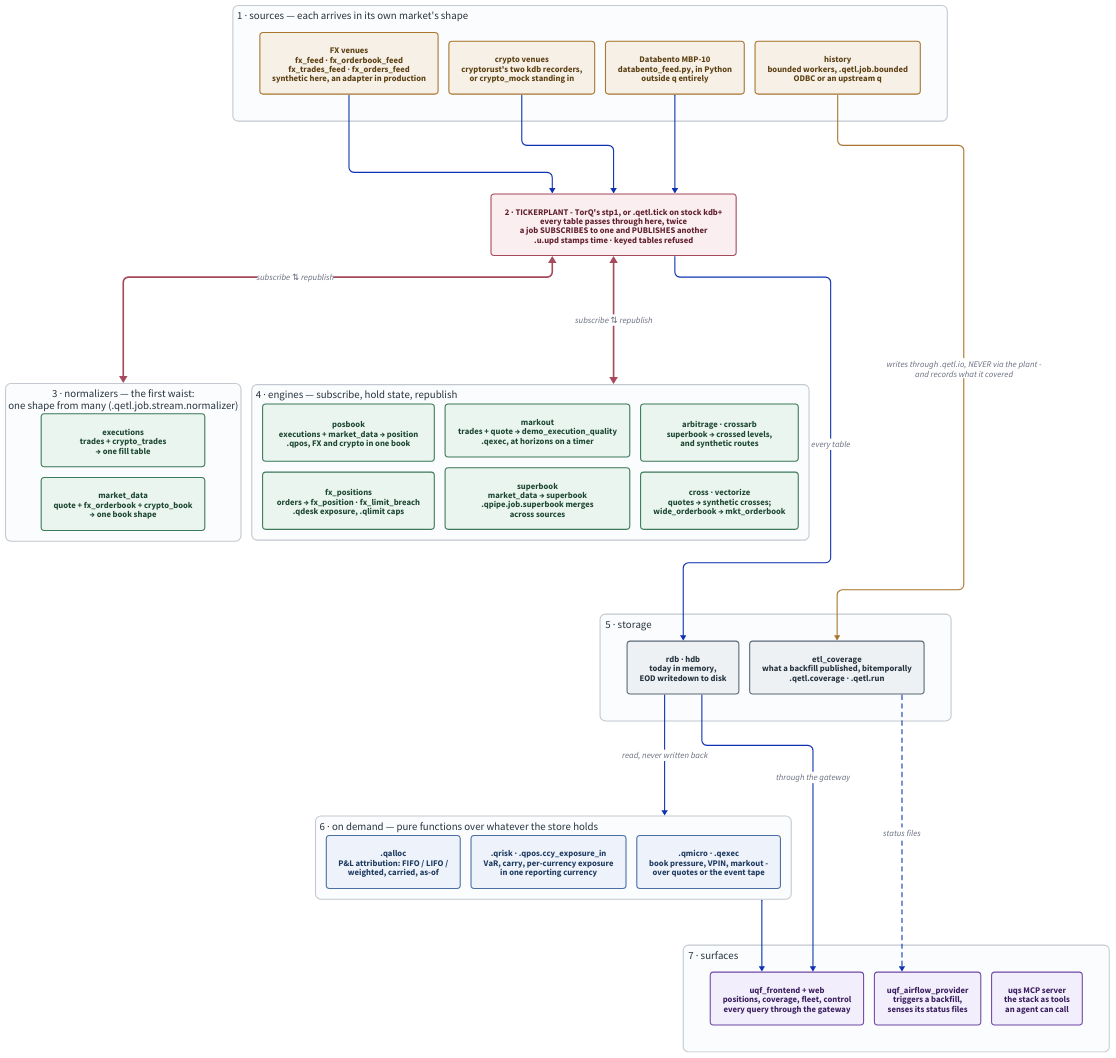
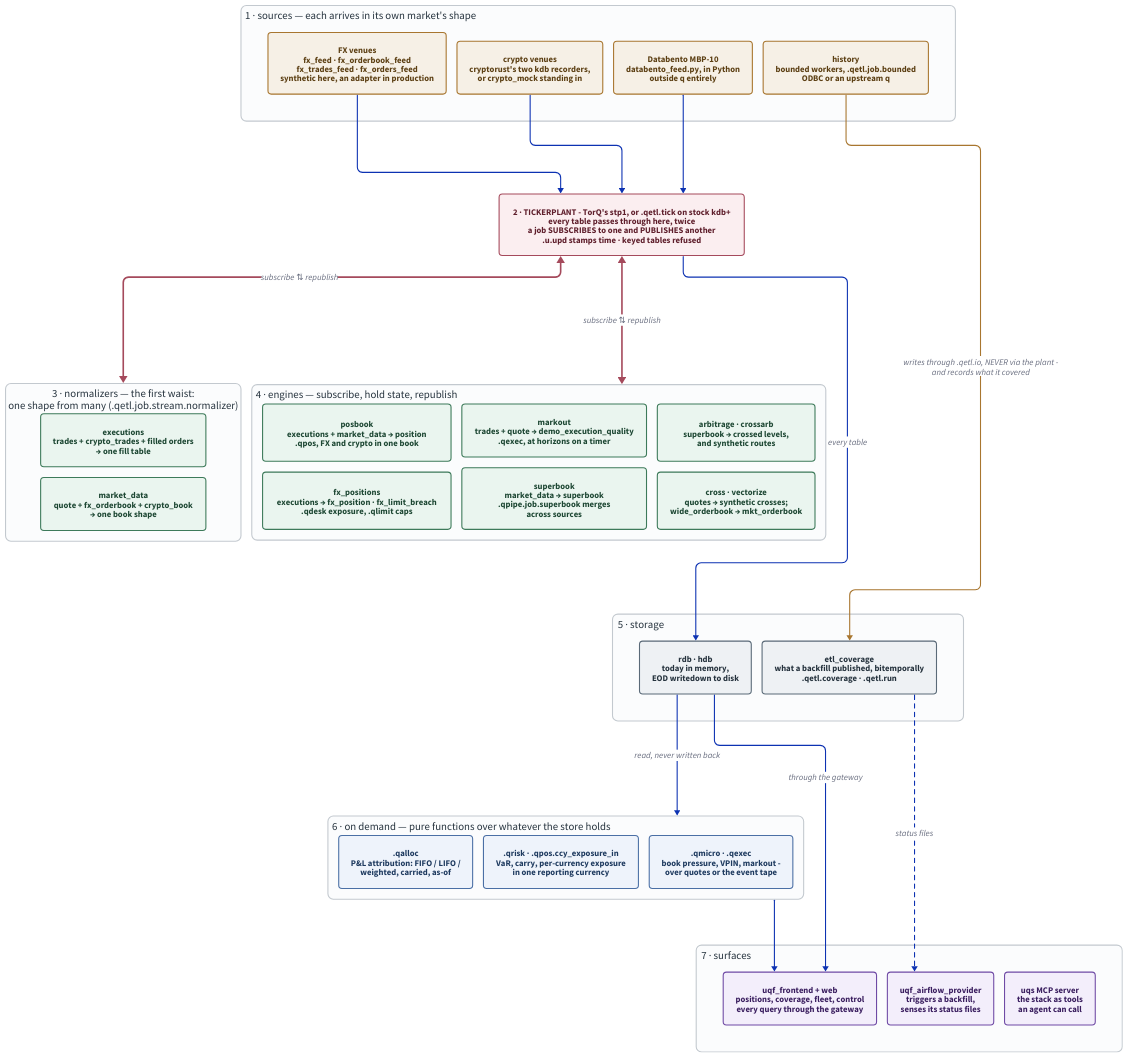
One commit to kwojdalski/uqf changed the diagram in docs/diagrams/pipeline-architecture-example.d2. Above: the diagram before and after it, drawn with D2. The commit also changed 24 other files, not shown here.

```diff
--- a/docs/diagrams/pipeline-architecture-example.d2
+++ b/docs/diagrams/pipeline-architecture-example.d2
@@ -132,7 +132,7 @@
   grid-columns: 1
   grid-gap: 20
 
-  executions: "executions\ntrades + crypto_trades\n→ one fill table" { class: job }
+  executions: "executions\ntrades + crypto_trades + filled orders\n→ one fill table" { class: job }
   marketdata: "market_data\nquote + fx_orderbook + crypto_book\n→ one book shape" { class: job }
 }
 
@@ -142,7 +142,7 @@
   grid-gap: 20
 
   posbook: "posbook\nexecutions + market_data → position\n.qpos, FX and crypto in one book" { class: job }
-  fxpos: "fx_positions\norders → fx_position · fx_limit_breach\n.qdesk exposure, .qlimit caps" { class: job }
+  fxpos: "fx_positions\nexecutions → fx_position · fx_limit_breach\n.qdesk exposure, .qlimit caps" { class: job }
   markout: "markout\ntrades + quote → demo_execution_quality\n.qexec, at horizons on a timer" { class: job }
   superbook: "superbook\nmarket_data → superbook\n.qpipe.job.superbook merges\nacross sources" { class: job }
   arb: "arbitrage · crossarb\nsuperbook → crossed levels,\nand synthetic routes" { class: job }
```
